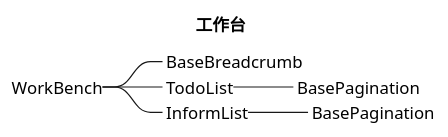
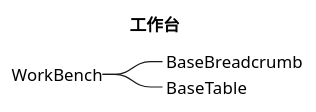
Before and after one commit to futurekidult/product: the diagram in docs/diagram/workbench/workbench.puml, drawn with PlantUML.

Commit message:
refactor: update workbench puml

```diff
--- a/docs/diagram/workbench/workbench.puml
+++ b/docs/diagram/workbench/workbench.puml
@@ -1,11 +1,8 @@
 @startmindmap
 title 工作台
 
 +_ WorkBench
 ++_ BaseBreadcrumb
-++_ TodoList
-+++_ BasePagination
-++_ InformList
-+++_ BasePagination
+++_ BaseTable
 
 @endmindmap
```
